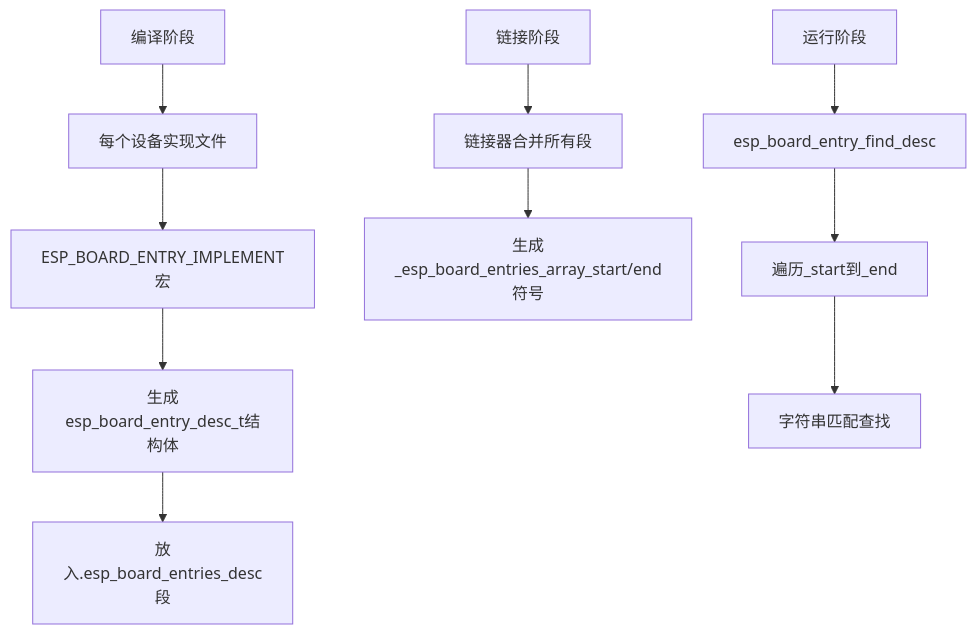
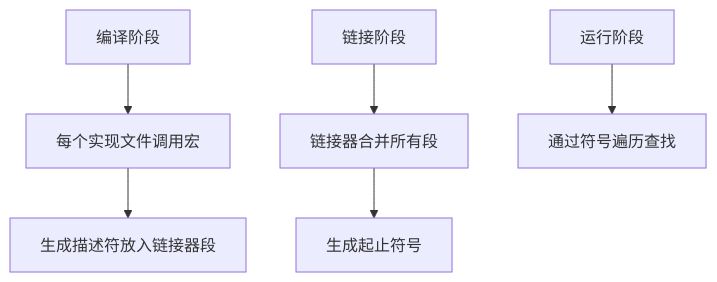
One commit to diskman88/gmf_board_manager_docs changed the seventh of 12 diagrams in index.md. Above: the diagram before and after it, drawn with Mermaid. The commit also changed other lines of this file, not shown here.

Commit message:
更新 esp_board_entry 章节：从用途角度组织内容

````diff
--- a/index.md
+++ b/index.md
@@ -268,14 +342,10 @@
 ```mermaid
 flowchart TD
-    A[编译阶段] --> B[每个设备实现文件]
-    B --> C[ESP_BOARD_ENTRY_IMPLEMENT宏]
-    C --> D[生成esp_board_entry_desc_t结构体]
-    D --> E[放入.esp_board_entries_desc段]
+    A[编译阶段] --> B[每个实现文件调用宏]
+    B --> C[生成描述符放入链接器段]
     
-    F[链接阶段] --> G[链接器合并所有段]
-    G --> H[生成_esp_board_entries_array_start/end符号]
+    D[链接阶段] --> E[链接器合并所有段]
+    E --> F[生成起止符号]
     
-    I[运行阶段] --> J[esp_board_entry_find_desc]
-    J --> K[遍历_start到_end]
-    K --> L[字符串匹配查找]
+    G[运行阶段] --> H[通过符号遍历查找]
 ```
````
